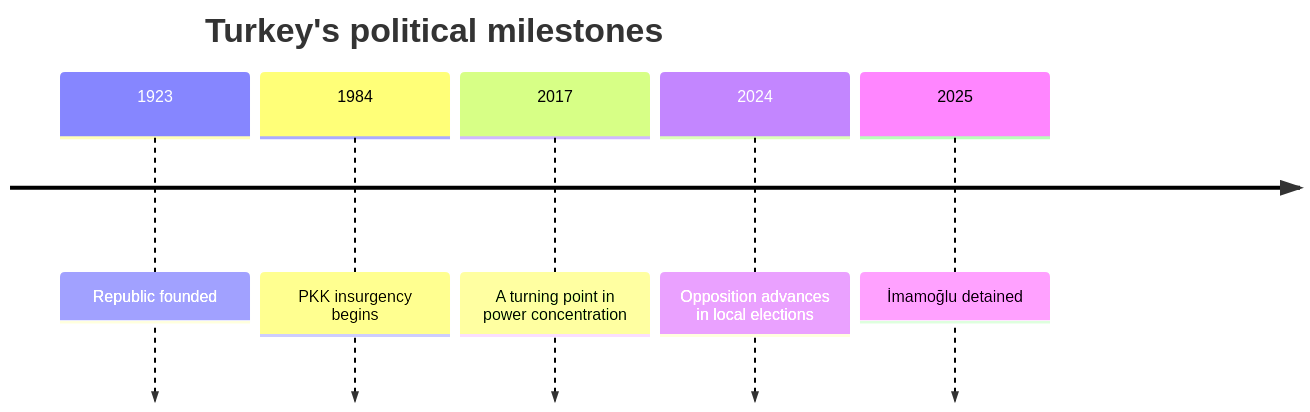
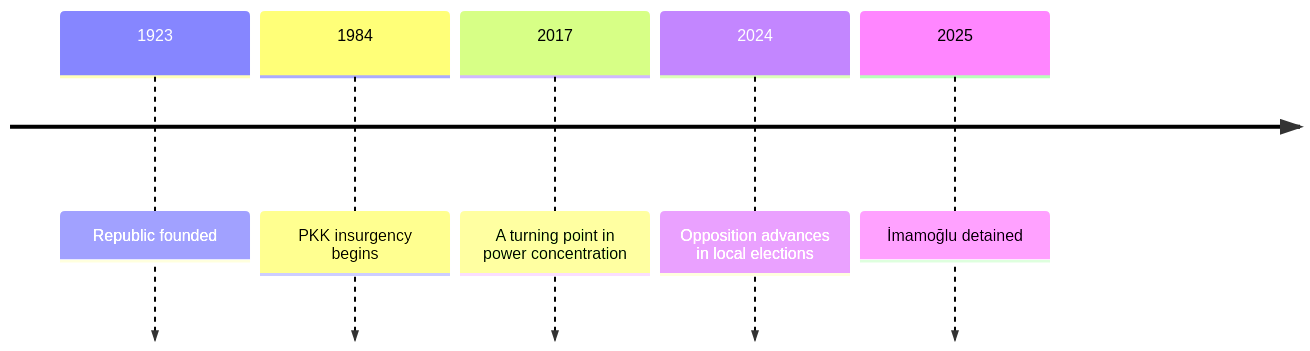
Before and after one commit to daylight55/research: the second of 3 diagrams in articles/report/turkiye-geopolitical-profile/en/index.mdx, drawn with Mermaid. The commit also changed other lines of this file and 181 other files, not shown here.

First line of the commit message:
全記事の図解368点を再生成し、共通注意書きを削除 (#402)

````diff
--- a/articles/report/turkiye-geopolitical-profile/en/index.mdx
+++ b/articles/report/turkiye-geopolitical-profile/en/index.mdx
@@ -56,9 +63,12 @@
 ```mermaid
 timeline
-  title Turkey's political milestones
+  accTitle: Milestones in Türkiye's state formation and centralization
+  accDescr: Separate the republic's formation, Kurdish insurgency, governance change, local elections and measures against opposition politicians chronologically.
+  accTitle: Milestones in Türkiye's state formation and centralization
+  accDescr: Separate the republic's formation, Kurdish insurgency, governance change, local elections and measures against opposition politicians chronologically.
   1923 : Republic founded
   1984 : PKK insurgency begins
   2017 : A turning point in power concentration
   2024 : Opposition advances in local elections
   2025 : İmamoğlu detained
 ```
````
